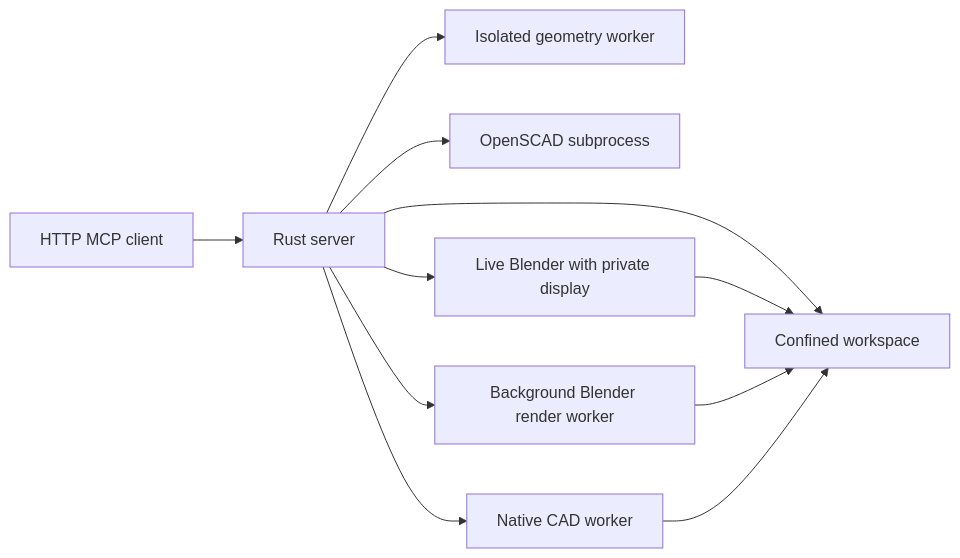
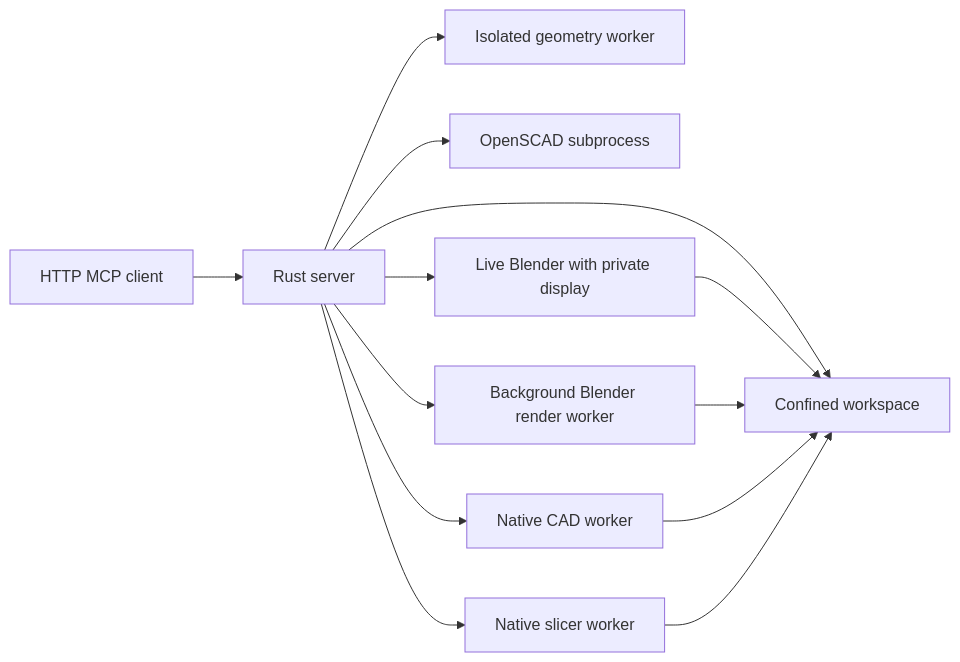
Before and after one commit to chrisbennight/mcp-printable-rs: the diagram in docs/architecture.md, drawn with Mermaid. The commit also changed other lines of this file and 44 other files, not shown here.

````diff
--- a/docs/architecture.md
+++ b/docs/architecture.md
@@ -9,13 +9,15 @@
 ```mermaid
 flowchart LR
     client[HTTP MCP client] --> server[Rust server]
     server --> geometry[Isolated geometry worker]
     server --> scad[OpenSCAD subprocess]
     server --> cad[Native CAD worker]
+    server --> slicer[Native slicer worker]
     server --> live[Live Blender with private display]
     server --> worker[Background Blender render worker]
     server --> files[Confined workspace]
     live --> files
     worker --> files
     cad --> files
+    slicer --> files
 ```
````
